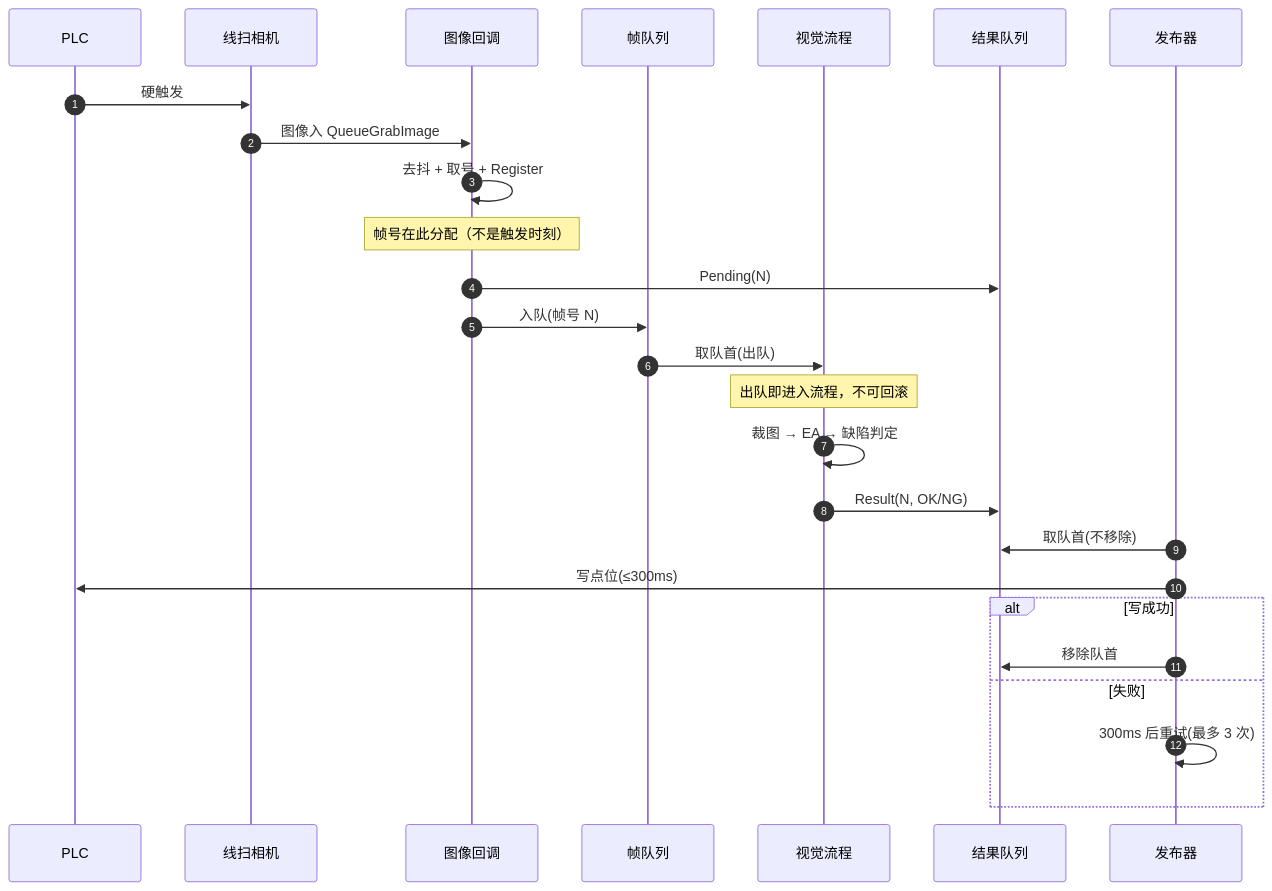
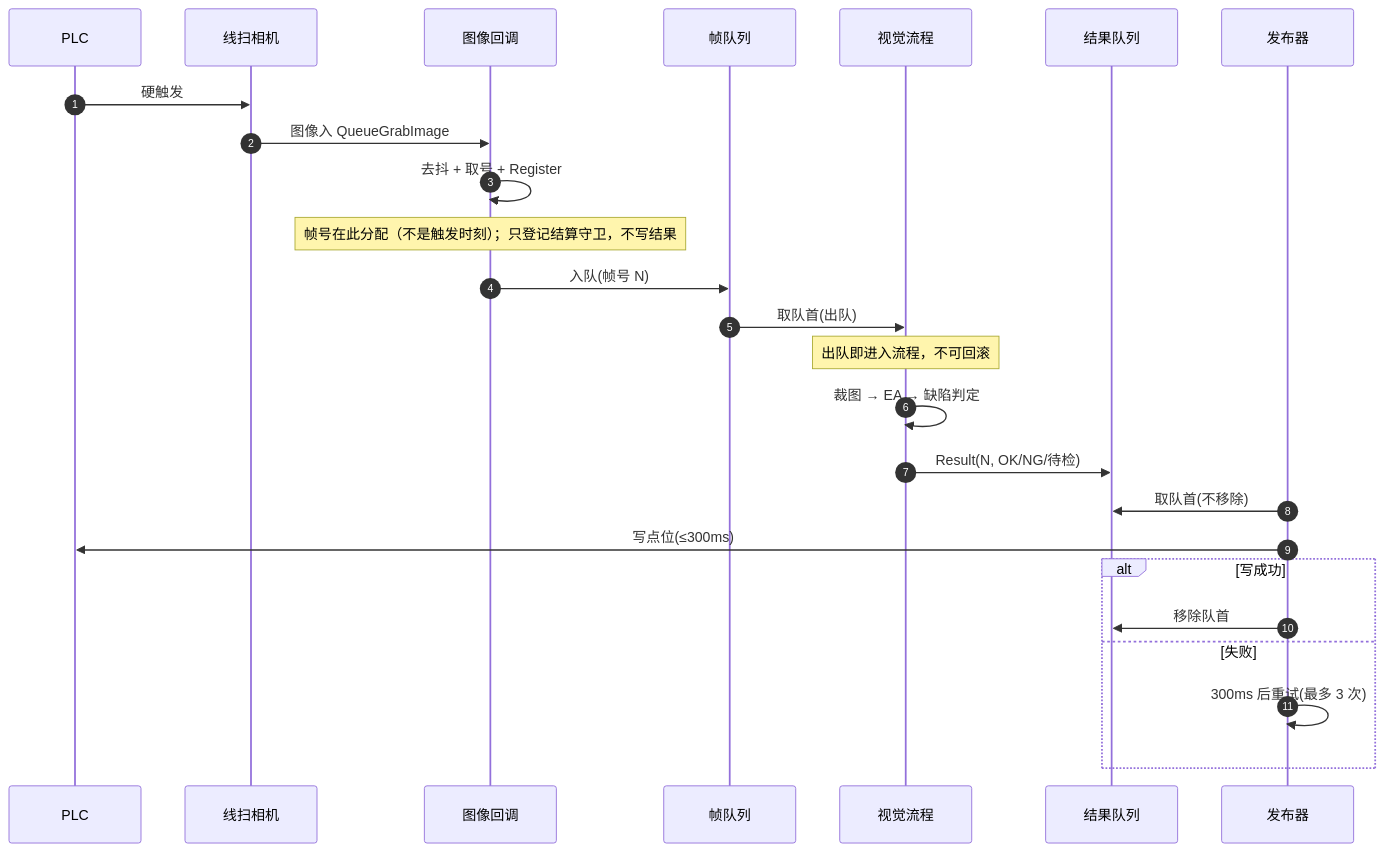
One commit to HowieKwok/die-cutter changed the first of 6 diagrams in docs/五金模切_帧队列与PLC发布设计.md. Above: the diagram before and after it, drawn with Mermaid. The commit also changed other lines of this file and 15 other files, not shown here.

````diff
--- a/docs/五金模切_帧队列与PLC发布设计.md
+++ b/docs/五金模切_帧队列与PLC发布设计.md
@@ -471,29 +479,28 @@
 ```mermaid
 sequenceDiagram
     autonumber
     participant PLC as PLC
     participant Cam as 线扫相机
     participant CB as 图像回调
     participant Q as 帧队列
     participant V as 视觉流程
     participant R as 结果队列
     participant P as 发布器
 
     PLC->>Cam: 硬触发
     Cam->>CB: 图像入 QueueGrabImage
     CB->>CB: 去抖 + 取号 + Register
-    Note over CB: 帧号在此分配（不是触发时刻）
-    CB->>R: Pending(N)
+    Note over CB: 帧号在此分配（不是触发时刻）；只登记结算守卫，不写结果
     CB->>Q: 入队(帧号 N)
     Q->>V: 取队首(出队)
     Note over V: 出队即进入流程，不可回滚
     V->>V: 裁图 → EA → 缺陷判定
-    V->>R: Result(N, OK/NG)
+    V->>R: Result(N, OK/NG/待检)
     P->>R: 取队首(不移除)
     P->>PLC: 写点位(≤300ms)
     alt 写成功
         P->>R: 移除队首
     else 失败
         P->>P: 300ms 后重试(最多 3 次)
     end
 ```
````
